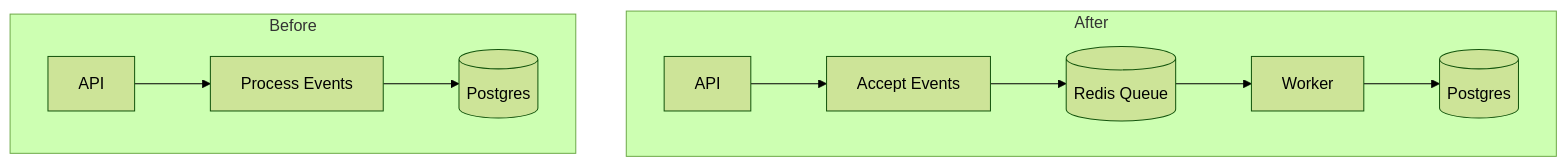
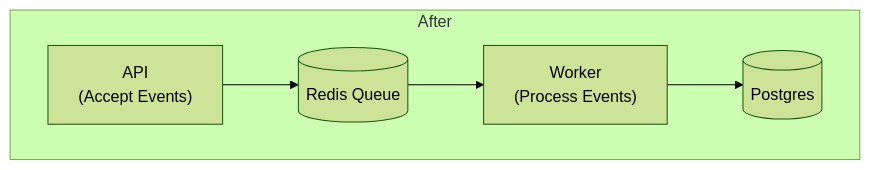
The second of 6 diagrams in pages/blog/2024-12-langfuse-v3-infrastructure-evolution.mdx (langfuse/langfuse-docs), drawn with Mermaid (forest theme) before and after one commit. The commit also changed other lines of this file, not shown here.

Commit message:
docs: add more graphs to blog post

````diff
--- a/pages/blog/2024-12-langfuse-v3-infrastructure-evolution.mdx
+++ b/pages/blog/2024-12-langfuse-v3-infrastructure-evolution.mdx
@@ -91,14 +107,8 @@
 ```mermaid
 flowchart TB
   subgraph "After"
-    D[API] --> H[Accept Events]
-    H --> E[(Redis Queue)]
-    E --> F[Worker]
+    A["API\n(Accept Events)"] --> E[(Redis Queue)]
+    E --> F["Worker\n(Process Events)"]
     F --> G[(Postgres)]
   end
-
-  subgraph "Before"
-    A[API] --> B[Process Events]
-    B --> C[(Postgres)]
-  end
 ```
````
